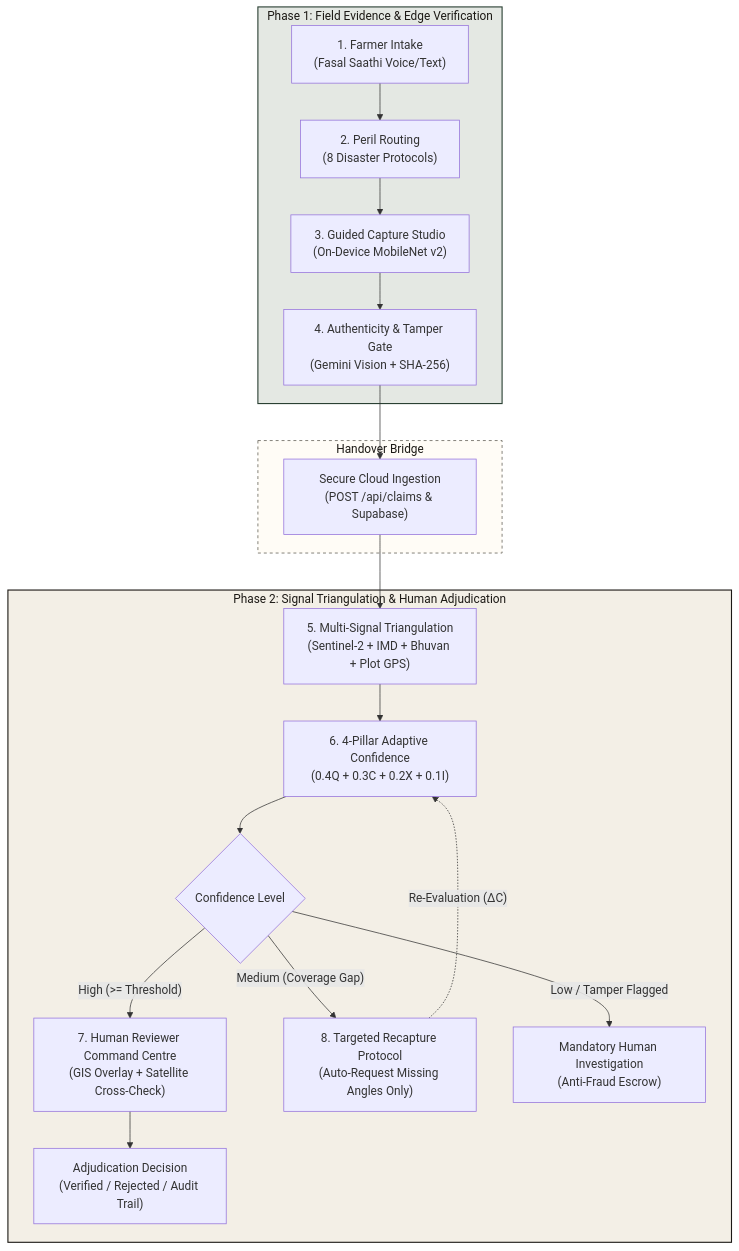
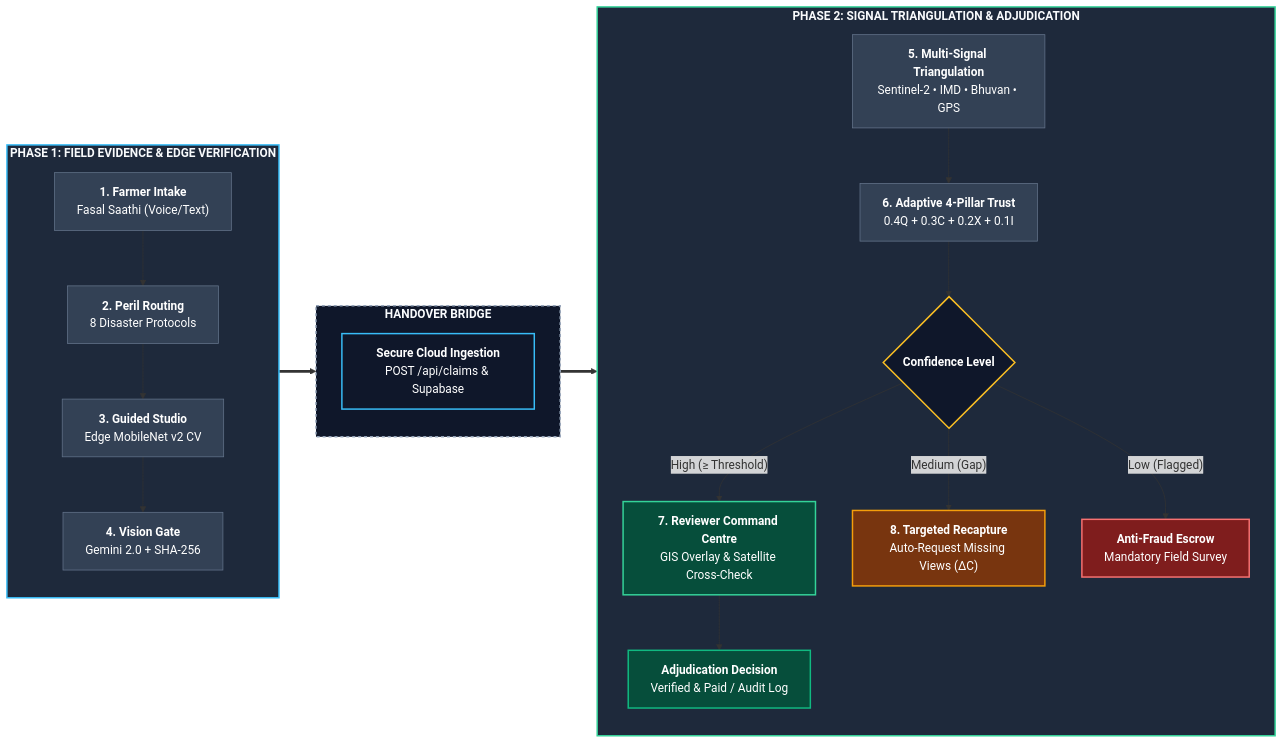
One commit to dhrrishitvdeka/Fasal-Pramaan changed the first of 2 diagrams in README.md. Above: the diagram before and after it, drawn with Mermaid.

Commit message:
docs: polish architectural pipeline flowchart with modern responsive styling

````diff
--- a/README.md
+++ b/README.md
@@ -216,30 +216,44 @@
 ```mermaid
-flowchart TD
-    subgraph Phase1["Phase 1: Field Evidence & Edge Verification"]
-        A["1. Farmer Intake<br/>(Fasal Saathi Voice/Text)"] --> B["2. Peril Routing<br/>(8 Disaster Protocols)"]
-        B --> C["3. Guided Capture Studio<br/>(On-Device MobileNet v2)"]
-        C --> D["4. Authenticity & Tamper Gate<br/>(Gemini Vision + SHA-256)"]
+flowchart LR
+    subgraph P1["<b>PHASE 1: FIELD EVIDENCE & EDGE VERIFICATION</b>"]
+        direction TB
+        A["<b>1. Farmer Intake</b><br/>Fasal Saathi (Voice/Text)"] --> B["<b>2. Peril Routing</b><br/>8 Disaster Protocols"]
+        B --> C["<b>3. Guided Studio</b><br/>Edge MobileNet v2 CV"]
+        C --> D["<b>4. Vision Gate</b><br/>Gemini 2.0 + SHA-256"]
     end
 
-    subgraph Bridge["Handover Bridge"]
-        D --> E["Secure Cloud Ingestion<br/>(POST /api/claims & Supabase)"]
+    subgraph BR["<b>HANDOVER BRIDGE</b>"]
+        direction TB
+        E["<b>Secure Cloud Ingestion</b><br/>POST /api/claims & Supabase"]
     end
 
-    subgraph Phase2["Phase 2: Signal Triangulation & Human Adjudication"]
-        E --> F["5. Multi-Signal Triangulation<br/>(Sentinel-2 + IMD + Bhuvan + Plot GPS)"]
-        F --> G["6. 4-Pillar Adaptive Confidence<br/>(0.4Q + 0.3C + 0.2X + 0.1I)"]
-        G --> H{"Confidence Level"}
-        H -- "High (>= Threshold)" --> I["7. Human Reviewer Command Centre<br/>(GIS Overlay + Satellite Cross-Check)"]
-        H -- "Medium (Coverage Gap)" --> J["8. Targeted Recapture Protocol<br/>(Auto-Request Missing Angles Only)"]
-        H -- "Low / Tamper Flagged" --> K["Mandatory Human Investigation<br/>(Anti-Fraud Escrow)"]
-        J -. "Re-Evaluation (ΔC)" .-> G
-        I --> L["Adjudication Decision<br/>(Verified / Rejected / Audit Trail)"]
+    subgraph P2["<b>PHASE 2: SIGNAL TRIANGULATION & ADJUDICATION</b>"]
+        direction TB
+        F["<b>5. Multi-Signal Triangulation</b><br/>Sentinel-2 • IMD • Bhuvan • GPS"] --> G["<b>6. Adaptive 4-Pillar Trust</b><br/>0.4Q + 0.3C + 0.2X + 0.1I"]
+        G --> H{"<b>Confidence Level</b>"}
+        H -->|"High (≥ Threshold)"| I["<b>7. Reviewer Command Centre</b><br/>GIS Overlay & Satellite Cross-Check"]
+        H -->|"Medium (Gap)"| J["<b>8. Targeted Recapture</b><br/>Auto-Request Missing Views (ΔC)"]
+        H -->|"Low (Flagged)"| K["<b>Anti-Fraud Escrow</b><br/>Mandatory Field Survey"]
+        I --> L["<b>Adjudication Decision</b><br/>Verified & Paid / Audit Log"]
     end
 
-    classDef p1 fill:#e4e8e3,stroke:#2a4033,stroke-width:1.5px,color:#1c1915;
-    classDef p2 fill:#f3efe6,stroke:#1c1915,stroke-width:1.5px,color:#1c1915;
-    classDef bridge fill:#fffcf6,stroke:#5c574e,stroke-dasharray: 4 4,color:#1c1915;
-    class Phase1 p1;
-    class Phase2 p2;
-    class Bridge bridge;
+    D ==> E
+    E ==> F
+
+    style P1 fill:#1e293b,stroke:#38bdf8,stroke-width:2px,color:#f8fafc
+    style BR fill:#0f172a,stroke:#94a3b8,stroke-width:2px,stroke-dasharray: 4 4,color:#f8fafc
+    style P2 fill:#1e293b,stroke:#34d399,stroke-width:2px,color:#f8fafc
+
+    style A fill:#334155,stroke:#64748b,color:#ffffff
+    style B fill:#334155,stroke:#64748b,color:#ffffff
+    style C fill:#334155,stroke:#64748b,color:#ffffff
+    style D fill:#334155,stroke:#64748b,color:#ffffff
+    style E fill:#0f172a,stroke:#38bdf8,stroke-width:2px,color:#ffffff
+    style F fill:#334155,stroke:#64748b,color:#ffffff
+    style G fill:#334155,stroke:#64748b,color:#ffffff
+    style H fill:#0f172a,stroke:#fbbf24,stroke-width:2px,color:#ffffff
+    style I fill:#064e3b,stroke:#34d399,stroke-width:2px,color:#ffffff
+    style J fill:#78350f,stroke:#f59e0b,stroke-width:2px,color:#ffffff
+    style K fill:#7f1d1d,stroke:#f87171,stroke-width:2px,color:#ffffff
+    style L fill:#064e3b,stroke:#10b981,stroke-width:2px,color:#ffffff
 ```
````
